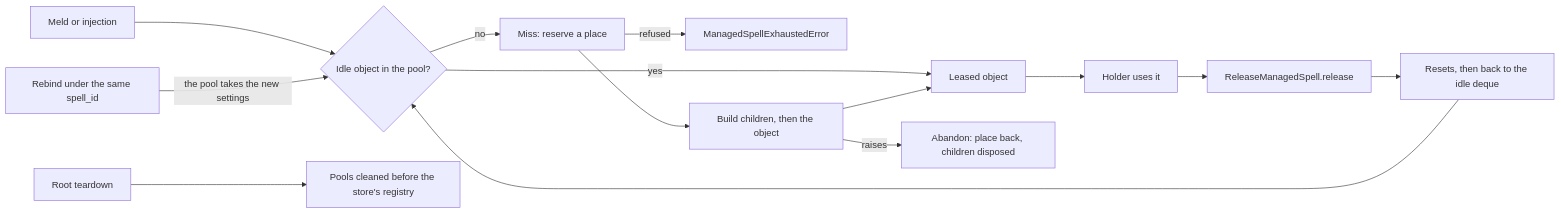
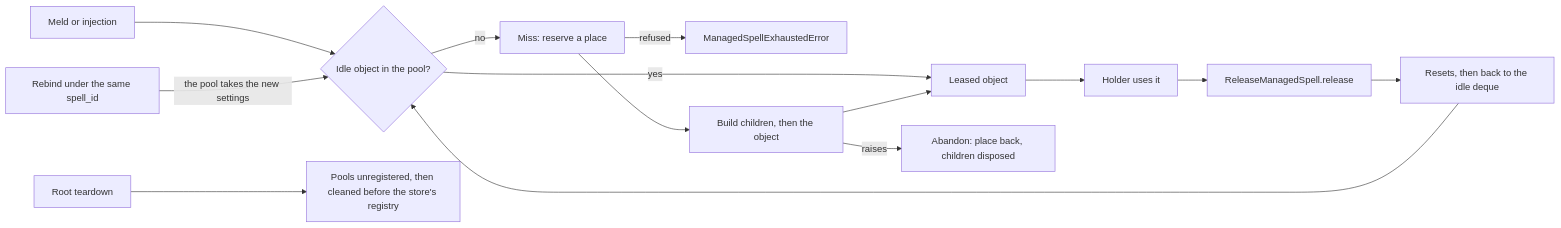
Before and after one commit to Synaptic724/melder: diagram 12 of 16 in context_compass/system_docs/src_architecture.md, drawn with Mermaid. The commit also changed other lines of this file and 146 other files, not shown here.

````diff
--- a/context_compass/system_docs/src_architecture.md
+++ b/context_compass/system_docs/src_architecture.md
@@ -4477,16 +4527,16 @@
 ```mermaid
 flowchart LR
   M[Meld or injection] --> P{Idle object in the pool?}
   P -->|yes| O[Leased object]
   P -->|no| R[Miss: reserve a place]
   R -->|refused| X[ManagedSpellExhaustedError]
   R --> B[Build children, then the object]
   B -->|raises| A[Abandon: place back, children disposed]
   B --> O
   O --> H[Holder uses it]
   H --> L[ReleaseManagedSpell.release]
   L --> S[Resets, then back to the idle deque]
   S --> P
-  T[Root teardown] --> C[Pools cleaned before the store's registry]
+  T[Root teardown] --> C[Pools unregistered, then cleaned before the store's registry]
   N[Rebind under the same spell_id] -->|the pool takes the new settings| P
 ```
````
